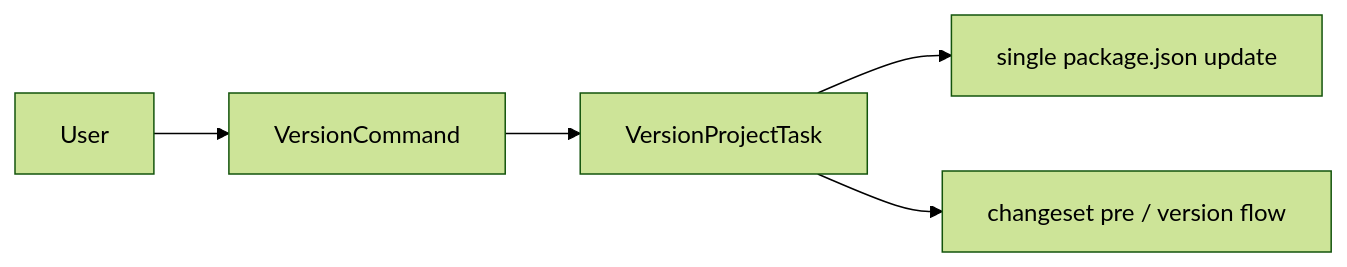
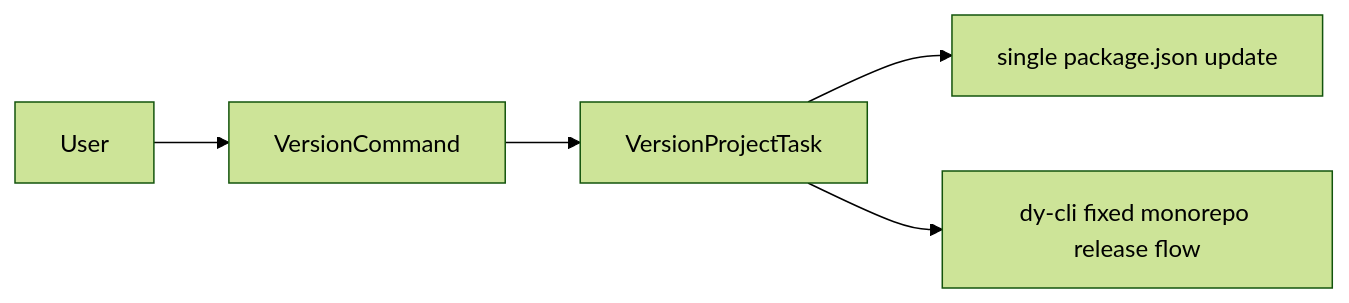
Before and after one commit to dysonjs/cli: the diagram in packages/cmd-version/README.md, drawn with Mermaid (forest theme). The commit also changed other lines of this file and 55 other files, not shown here.

Commit message:
feat: hide changesets behind dy-cli release flow

````diff
--- a/packages/cmd-version/README.md
+++ b/packages/cmd-version/README.md
@@ -5,7 +5,7 @@
 ```mermaid
 flowchart LR
   user["User"] --> command["VersionCommand"]
   command --> task["VersionProjectTask"]
   task --> single["single package.json update"]
-  task --> monorepo["changeset pre / version flow"]
+  task --> monorepo["dy-cli fixed monorepo release flow"]
 ```
````
